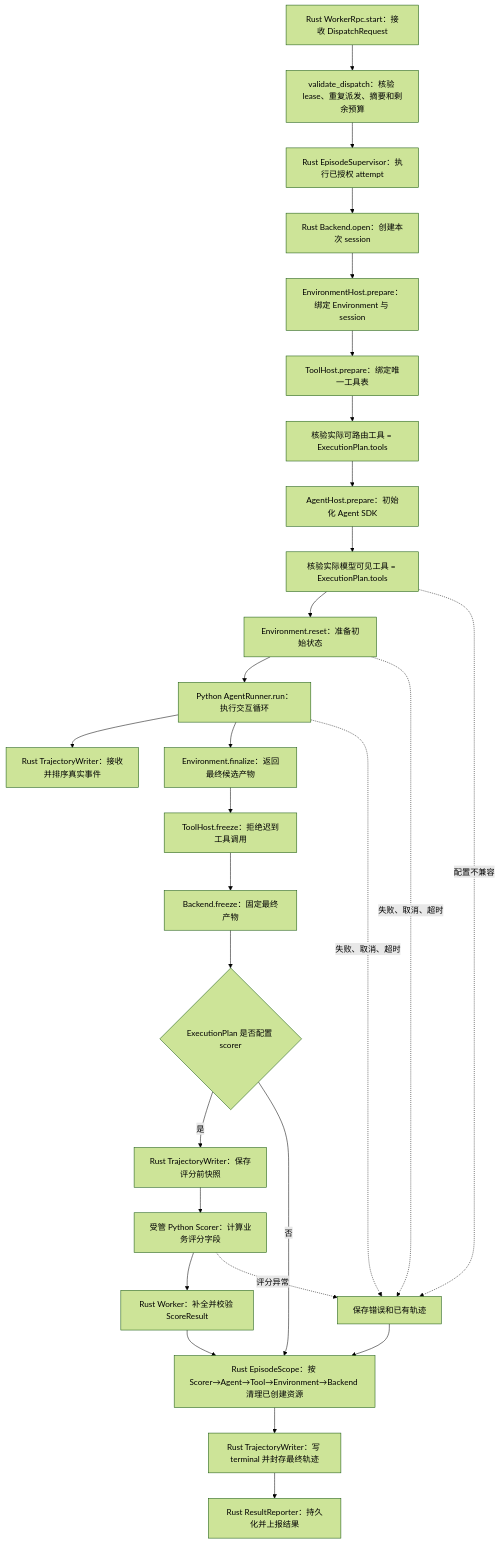
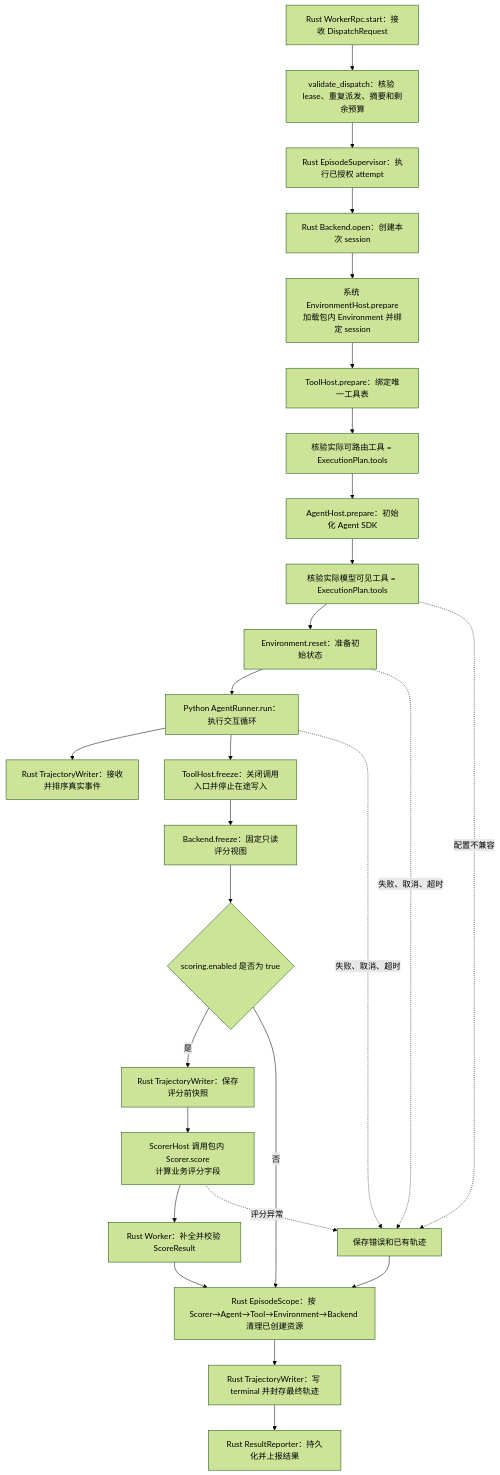
Before and after one commit to audreyyan1015/uenv_design: the sixth of 18 diagrams in docs/uenv_design.md, drawn with Mermaid (forest theme). The commit also changed other lines of this file and 174 other files, not shown here.

First line of the commit message:
Align design contracts, agent tool execution, and persistent runtime

````diff
--- a/docs/uenv_design.md
+++ b/docs/uenv_design.md
@@ -325,30 +326,29 @@
 ```mermaid
 flowchart TB
   RPC[Rust WorkerRpc.start：接收 DispatchRequest] --> GUARD[validate_dispatch：核验 lease、重复派发、摘要和剩余预算]
   GUARD --> SUP[Rust EpisodeSupervisor：执行已授权 attempt]
   SUP --> BACKEND[Rust Backend.open：创建本次 session]
-  BACKEND --> ENVHOST[EnvironmentHost.prepare：绑定 Environment 与 session]
+  BACKEND --> ENVHOST[系统 EnvironmentHost.prepare<br/>加载包内 Environment 并绑定 session]
   ENVHOST --> TOOLHOST[ToolHost.prepare：绑定唯一工具表]
   TOOLHOST --> ROUTE[核验实际可路由工具 = ExecutionPlan.tools]
   ROUTE --> AGENTHOST[AgentHost.prepare：初始化 Agent SDK]
   AGENTHOST --> CHECK[核验实际模型可见工具 = ExecutionPlan.tools]
   CHECK --> ENV[Environment.reset：准备初始状态]
   ENV --> AG[Python AgentRunner.run：执行交互循环]
   AG --> EVENTS[Rust TrajectoryWriter：接收并排序真实事件]
-  AG --> FINAL[Environment.finalize：返回最终候选产物]
-  FINAL --> TF[ToolHost.freeze：拒绝迟到工具调用]
-  TF --> FREEZE[Backend.freeze：固定最终产物]
-  FREEZE --> HAS{ExecutionPlan 是否配置 scorer}
+  AG --> TF[ToolHost.freeze：关闭调用入口并停止在途写入]
+  TF --> FREEZE[Backend.freeze：固定只读评分视图]
+  FREEZE --> HAS{scoring.enabled 是否为 true}
   HAS -->|是| PRE[Rust TrajectoryWriter：保存评分前快照]
   HAS -->|否| CLEAN
-  PRE --> SCORE[受管 Python Scorer：计算业务评分字段]
+  PRE --> SCORE[ScorerHost 调用包内 Scorer.score<br/>计算业务评分字段]
   SCORE --> VALIDATE[Rust Worker：补全并校验 ScoreResult]
   VALIDATE --> CLEAN[Rust EpisodeScope：按 Scorer→Agent→Tool→Environment→Backend 清理已创建资源]
   CLEAN --> TERMINAL[Rust TrajectoryWriter：写 terminal 并封存最终轨迹]
   TERMINAL --> REPORT[Rust ResultReporter：持久化并上报结果]
   ENV -.->|失败、取消、超时| ERR[保存错误和已有轨迹]
   CHECK -.->|配置不兼容| ERR
   AG -.->|失败、取消、超时| ERR
   SCORE -.->|评分异常| ERR
   ERR --> CLEAN
 ```
````
